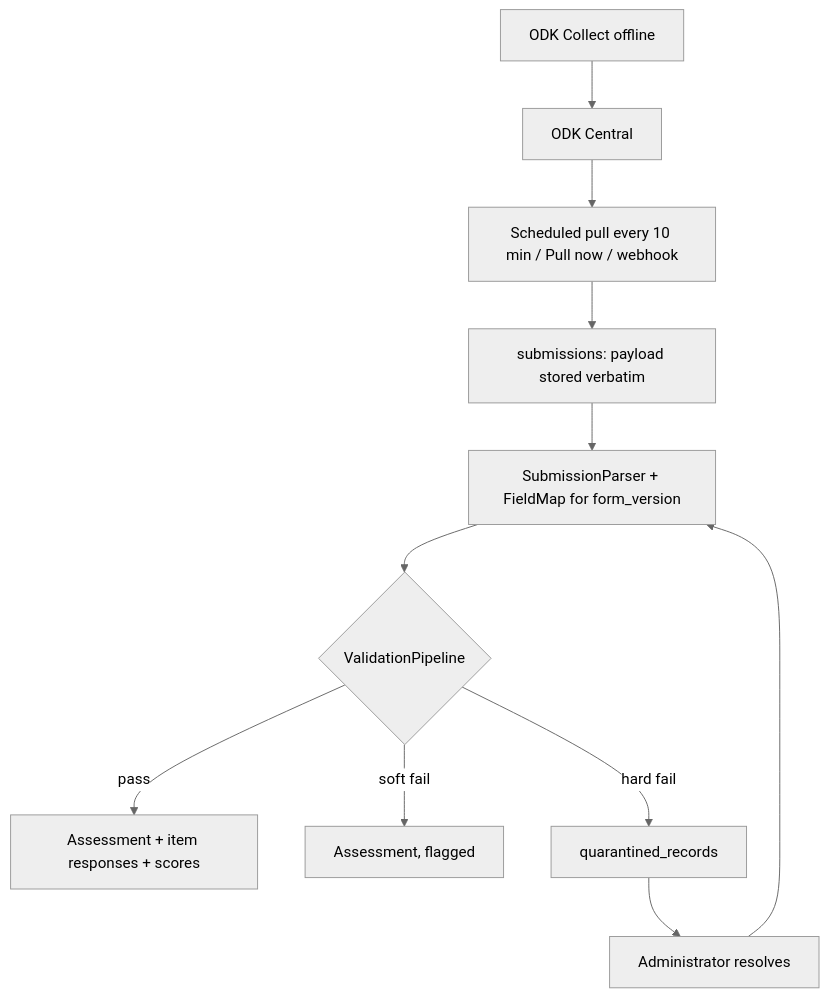
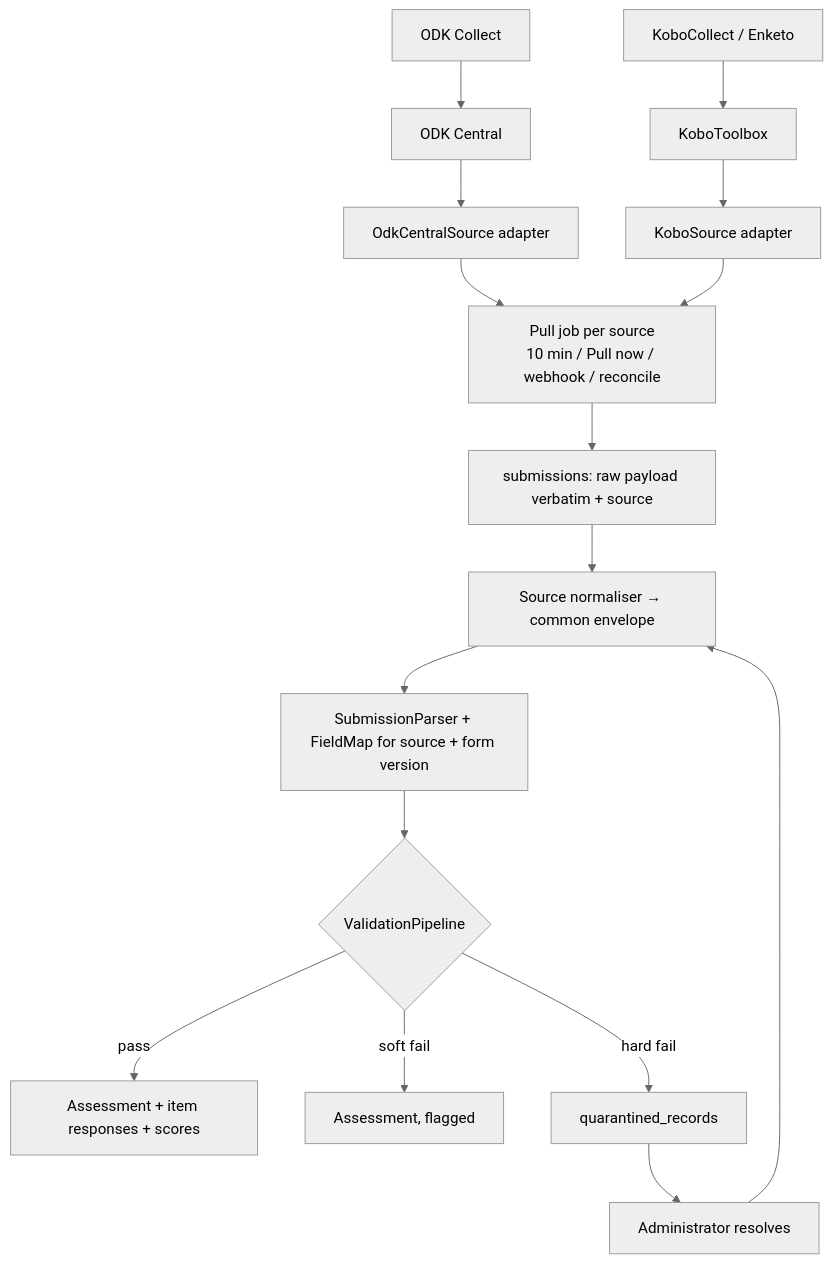
One commit to naynie41/kaduna-eDQA-dashboard changed the third of 3 diagrams in ARCHITECTURE.md. Above: the diagram before and after it, drawn with Mermaid (neutral theme). The commit also changed other lines of this file and 227 other files, not shown here.

````diff
--- a/ARCHITECTURE.md
+++ b/ARCHITECTURE.md
@@ -383,13 +360,17 @@
 ```mermaid
 flowchart TD
-  A[ODK Collect offline] --> B[ODK Central]
-  B --> C[Scheduled pull every 10 min / Pull now / webhook]
-  C --> D[submissions: payload stored verbatim]
-  D --> E[SubmissionParser + FieldMap for form_version]
+  OC[ODK Collect] --> ODK[ODK Central]
+  KC[KoboCollect / Enketo] --> KOBO[KoboToolbox]
+  ODK --> A1[OdkCentralSource adapter]
+  KOBO --> A2[KoboSource adapter]
+  A1 & A2 --> PJ[Pull job per source<br/>10 min / Pull now / webhook / reconcile]
+  PJ --> D[submissions: raw payload verbatim + source]
+  D --> N[Source normaliser → common envelope]
+  N --> E[SubmissionParser + FieldMap for source + form version]
   E --> F{ValidationPipeline}
   F -->|pass| G[Assessment + item responses + scores]
   F -->|soft fail| G2[Assessment, flagged]
   F -->|hard fail| H[quarantined_records]
   H --> I[Administrator resolves]
-  I --> E
+  I --> N
 ```
````
